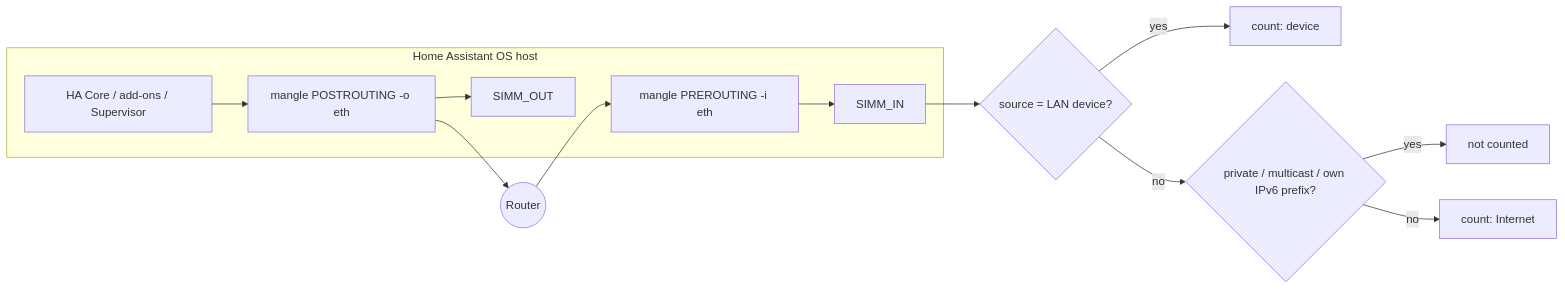
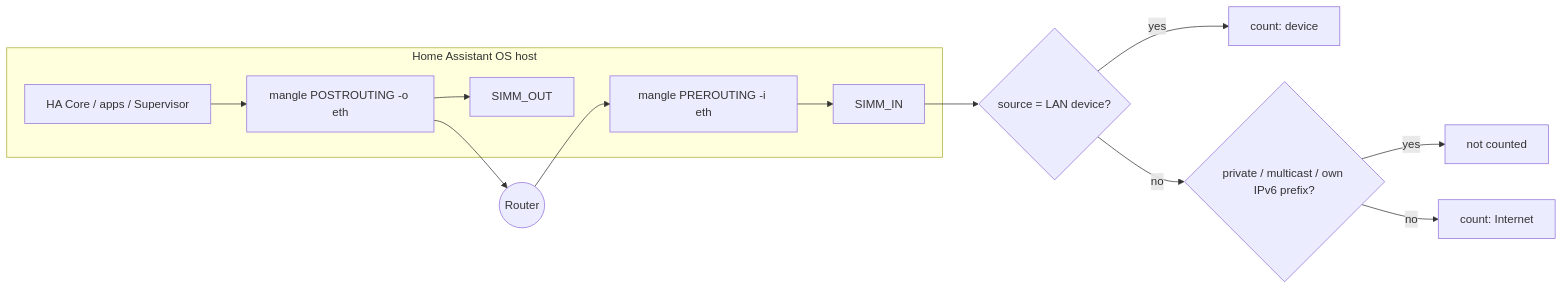
One commit to procolo75/sim-meter changed the diagram in README.md. Above: the diagram before and after it, drawn with Mermaid. The commit also changed other lines of this file and 4 other files, not shown here.

First line of the commit message:
docs: Home Assistant add-ons are now called apps

````diff
--- a/README.md
+++ b/README.md
@@ -103,15 +103,15 @@
 ```mermaid
 flowchart LR
     subgraph host["Home Assistant OS host"]
-        core["HA Core / add-ons / Supervisor"]
+        core["HA Core / apps / Supervisor"]
         pre["mangle PREROUTING -i eth"] --> IN["SIMM_IN"]
         post["mangle POSTROUTING -o eth"] --> OUT["SIMM_OUT"]
     end
     net(("Router")) --> pre
     core --> post --> net
     IN --> c1{"source = LAN device?"}
     c1 -- yes --> t1["count: device"]
     c1 -- no --> p1{"private / multicast / own IPv6 prefix?"}
     p1 -- yes --> skip["not counted"]
     p1 -- no --> i1["count: Internet"]
 ```
````
